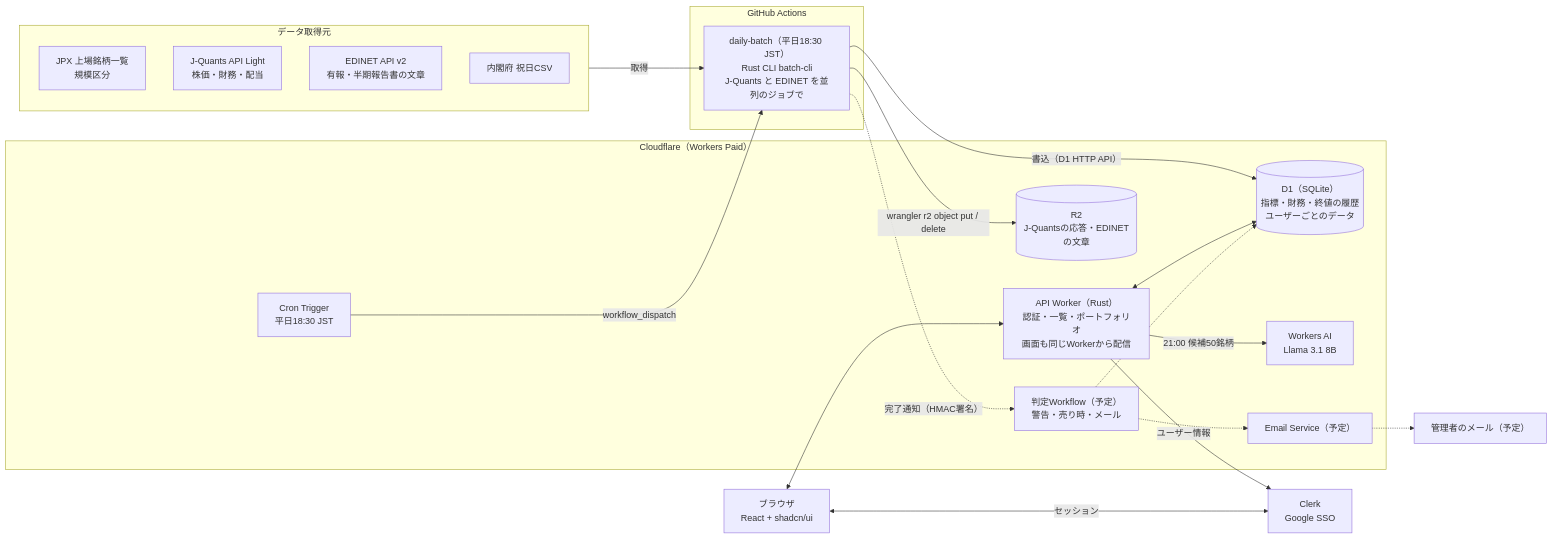
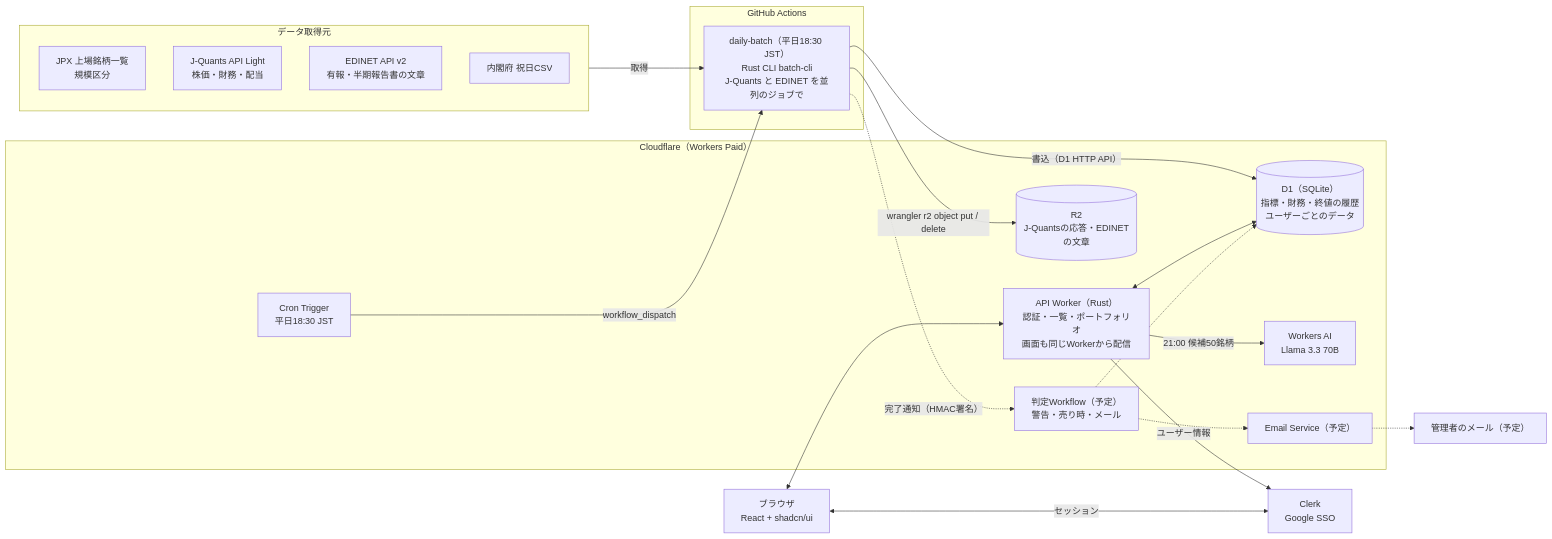
One commit to taaaaakahiro/stock-insight changed the diagram in docs/03_system_architecture.md. Above: the diagram before and after it, drawn with Mermaid. The commit also changed 6 other files, not shown here.

````diff
--- a/docs/03_system_architecture.md
+++ b/docs/03_system_architecture.md
@@ -13,40 +13,40 @@
 ```mermaid
 flowchart LR
   subgraph SRC[データ取得元]
     JPX[JPX 上場銘柄一覧<br/>規模区分]
     JQ[J-Quants API Light<br/>株価・財務・配当]
     ED[EDINET API v2<br/>有報・半期報告書の文章]
     HOL[内閣府 祝日CSV]
   end
 
   subgraph GH[GitHub Actions]
     BATCH[daily-batch（平日18:30 JST）<br/>Rust CLI batch-cli<br/>J-Quants と EDINET を並列のジョブで]
   end
 
   subgraph CF[Cloudflare（Workers Paid）]
     CRON[Cron Trigger<br/>平日18:30 JST]
     API[API Worker（Rust）<br/>認証・一覧・ポートフォリオ<br/>画面も同じWorkerから配信]
     D1[(D1（SQLite）<br/>指標・財務・終値の履歴<br/>ユーザーごとのデータ)]
     R2[(R2<br/>J-Quantsの応答・EDINETの文章)]
     WF[判定Workflow（予定）<br/>警告・売り時・メール]
-    AI[Workers AI<br/>Llama 3.1 8B]
+    AI[Workers AI<br/>Llama 3.3 70B]
     MAIL[Email Service（予定）]
   end
 
   CLERK[Clerk<br/>Google SSO]
   BR[ブラウザ<br/>React + shadcn/ui]
   ADMIN[管理者のメール（予定）]
 
   CRON -- workflow_dispatch --> BATCH
   SRC -- 取得 --> BATCH
   BATCH -- 書込（D1 HTTP API） --> D1
   BATCH -- wrangler r2 object put / delete --> R2
   BATCH -. 完了通知（HMAC署名） .-> WF
   API <--> D1
   API -- ユーザー情報 --> CLERK
   API -- 21:00 候補50銘柄 --> AI
   WF -.-> D1
   WF -.-> MAIL -.-> ADMIN
   BR <--> API
   BR <-- セッション --> CLERK
 ```
````
